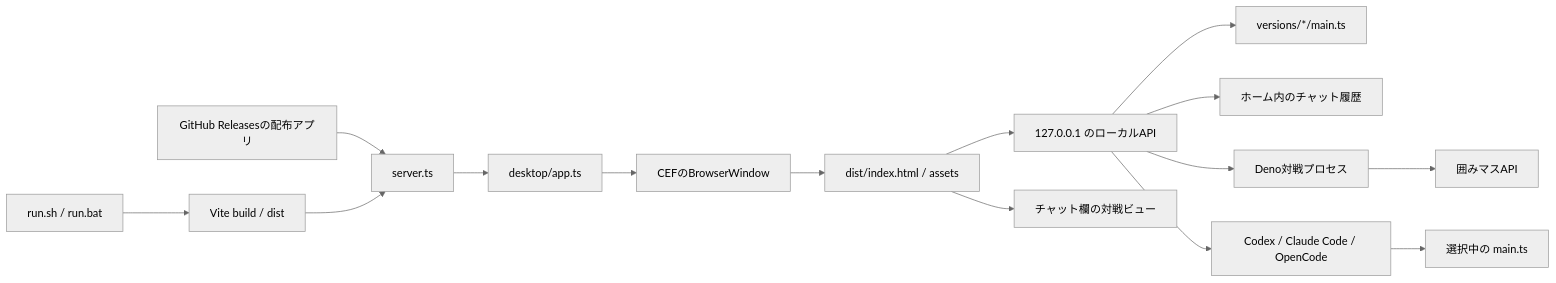
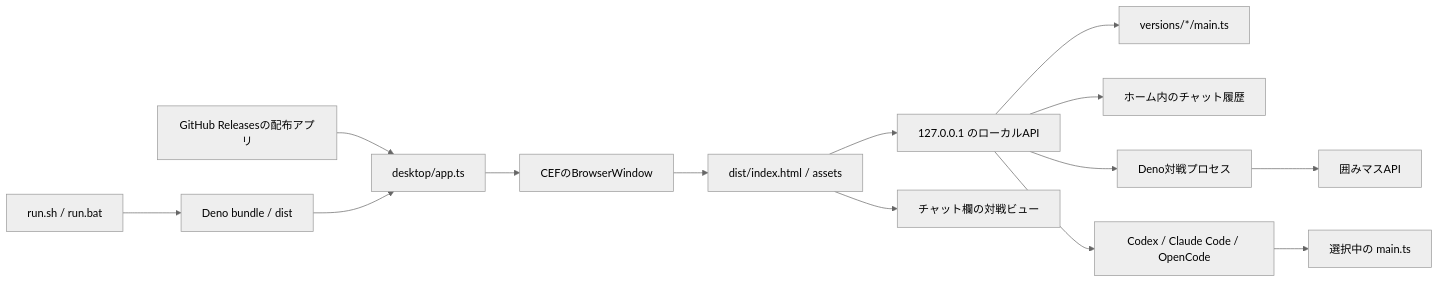
The diagram in docs/architecture.md (kakomimasu/kakomi-code), drawn with Mermaid (neutral theme) before and after one commit. The commit also changed other lines of this file and 26 other files, not shown here.

````diff
--- a/docs/architecture.md
+++ b/docs/architecture.md
@@ -9,17 +9,16 @@
 ```mermaid
 flowchart LR
-  Launcher[run.sh / run.bat] --> Vite[Vite build / dist]
-  Release[GitHub Releasesの配布アプリ] --> Entry[server.ts]
-  Vite --> Entry
-  Entry --> App[desktop/app.ts]
+  Launcher[run.sh / run.bat] --> Bundle[Deno bundle / dist]
+  Release[GitHub Releasesの配布アプリ] --> App[desktop/app.ts]
+  Bundle --> App
   App --> Window[CEFのBrowserWindow]
   Window --> UI[dist/index.html / assets]
   UI --> LocalAPI[127.0.0.1 のローカルAPI]
   UI --> Viewer[チャット欄の対戦ビュー]
   LocalAPI --> Versions[versions/*/main.ts]
   LocalAPI --> History[ホーム内のチャット履歴]
   LocalAPI --> Match[Deno対戦プロセス]
   LocalAPI --> Agent[Codex / Claude Code / OpenCode]
   Match --> Kakomimasu[囲みマスAPI]
   Agent --> SelectedMain[選択中の main.ts]
 ```
````
